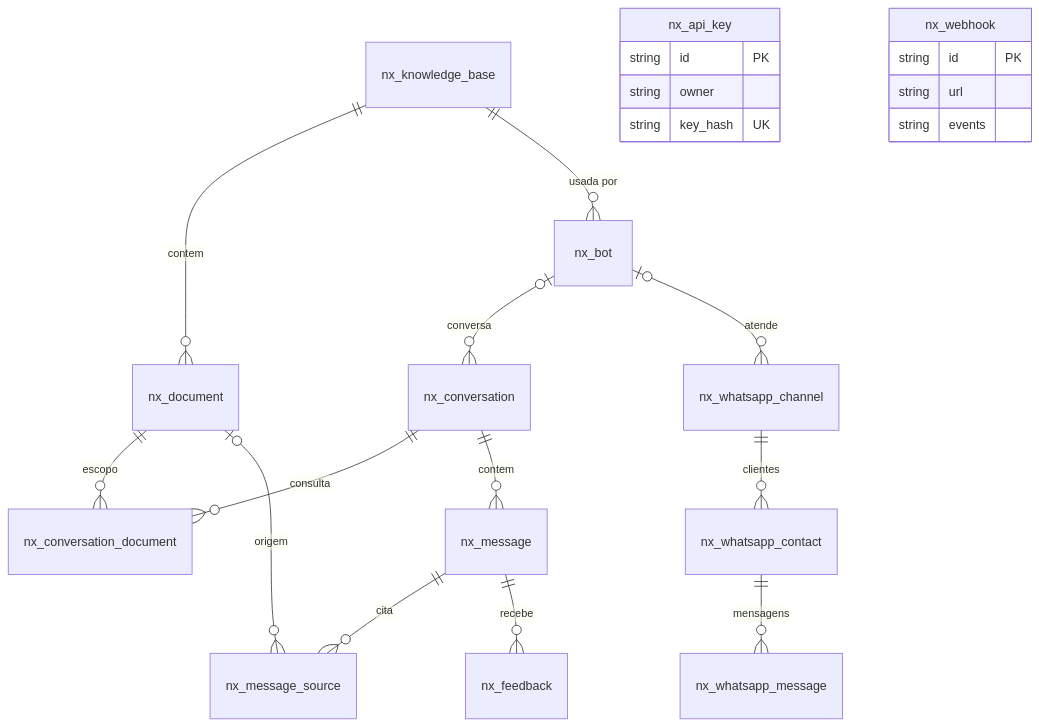
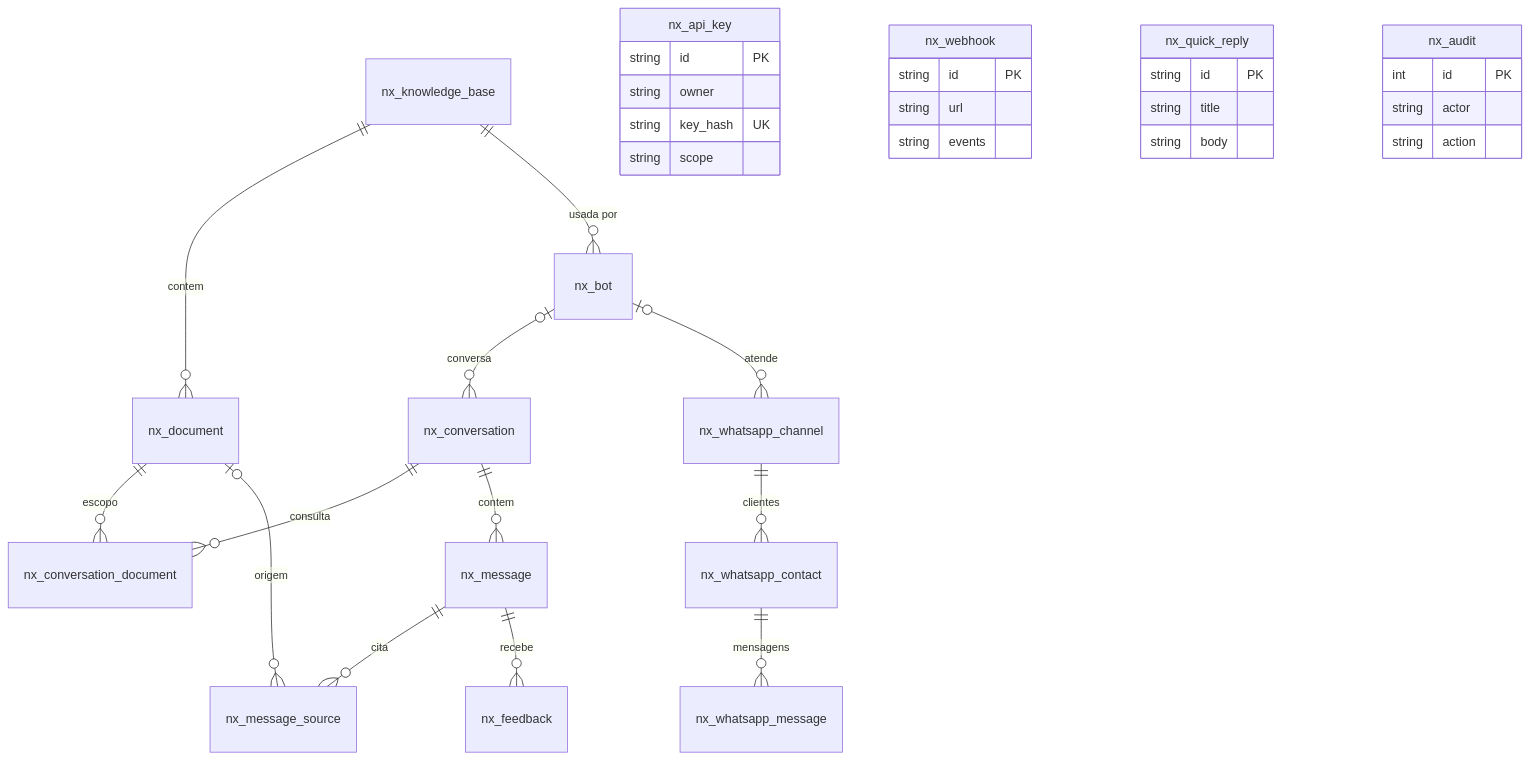
The second of 2 diagrams in README.md (ravelroot/Retrieval-Augmented-QA-System), drawn with Mermaid before and after one commit. The commit also changed other lines of this file and 108 other files, not shown here.

````diff
--- a/README.md
+++ b/README.md
@@ -325,25 +402,36 @@
 ```mermaid
 erDiagram
     nx_knowledge_base ||--o{ nx_document : contem
     nx_knowledge_base ||--o{ nx_bot : "usada por"
     nx_bot |o--o{ nx_conversation : conversa
     nx_bot |o--o{ nx_whatsapp_channel : atende
     nx_whatsapp_channel ||--o{ nx_whatsapp_contact : clientes
     nx_whatsapp_contact ||--o{ nx_whatsapp_message : mensagens
     nx_document ||--o{ nx_conversation_document : escopo
     nx_conversation ||--o{ nx_conversation_document : consulta
     nx_conversation ||--o{ nx_message : contem
     nx_message ||--o{ nx_message_source : cita
     nx_document |o--o{ nx_message_source : origem
     nx_message ||--o{ nx_feedback : recebe
     nx_api_key {
         string id PK
         string owner
         string key_hash UK
+        string scope
     }
     nx_webhook {
         string id PK
         string url
         string events
     }
+    nx_quick_reply {
+        string id PK
+        string title
+        string body
+    }
+    nx_audit {
+        int id PK
+        string actor
+        string action
+    }
 ```
````
